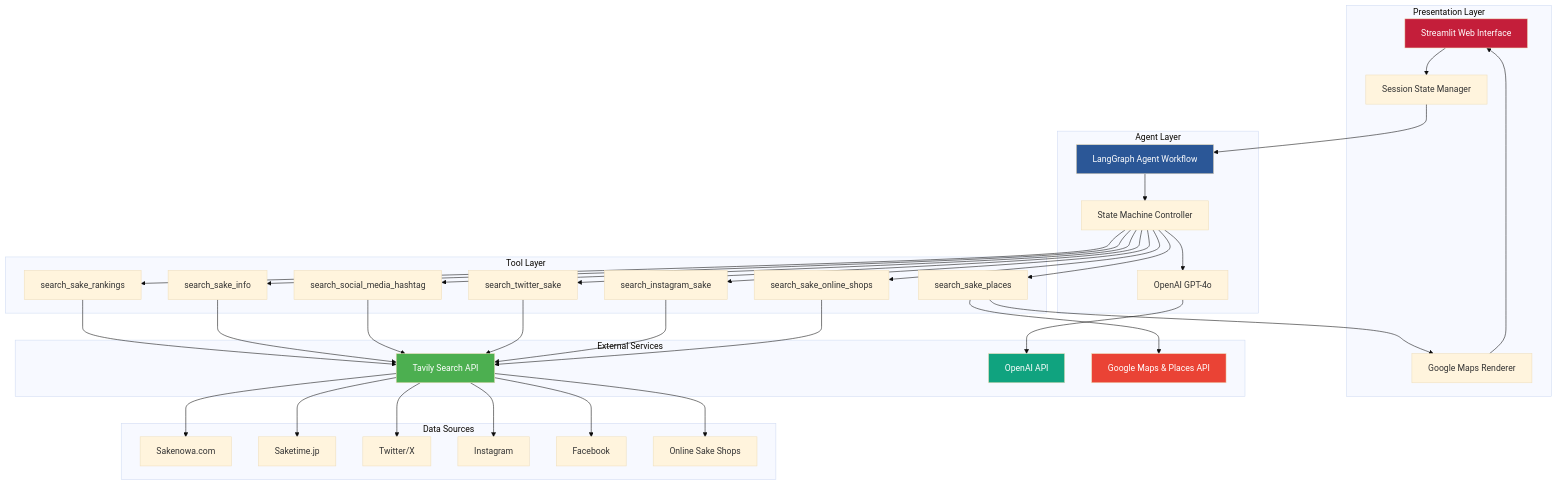
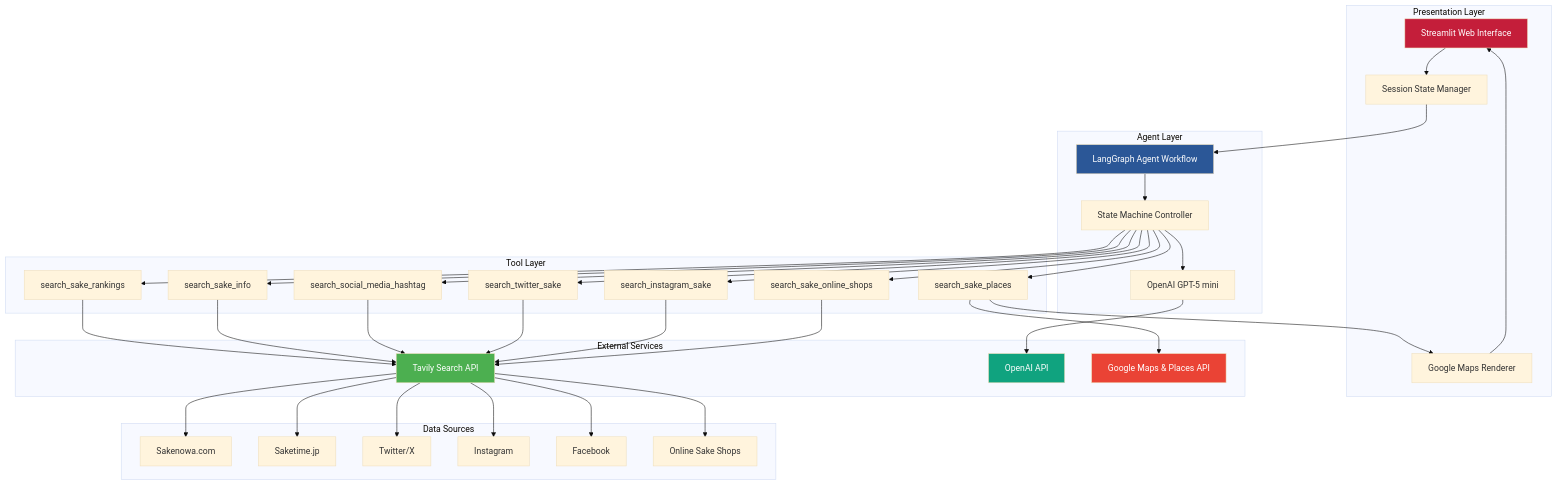
The first of 14 diagrams in SYSTEM_DIAGRAM.md (riko-py-mk/japan_sake_guide_app), drawn with Mermaid (base theme) before and after one commit. The commit also changed other lines of this file and 7 other files, not shown here.

First line of the commit message:
Replace retiring GPT-4o with cheaper gpt-5-mini (configurable via OPENAI_MODEL)

````diff
--- a/SYSTEM_DIAGRAM.md
+++ b/SYSTEM_DIAGRAM.md
@@ -16,57 +16,57 @@
 ```mermaid
 graph TB
     subgraph "Presentation Layer"
         UI[Streamlit Web Interface]
         SS[Session State Manager]
         MAP[Google Maps Renderer]
     end
 
     subgraph "Agent Layer"
         AG[LangGraph Agent Workflow]
         SM[State Machine Controller]
-        LLM[OpenAI GPT-4o]
+        LLM[OpenAI GPT-5 mini]
     end
 
     subgraph "Tool Layer"
         T1[search_sake_rankings]
         T2[search_sake_info]
         T3[search_social_media_hashtag]
         T4[search_twitter_sake]
         T5[search_instagram_sake]
         T6[search_sake_places]
         T7[search_sake_online_shops]
     end
 
     subgraph "External Services"
         TAVILY[Tavily Search API]
         OPENAI[OpenAI API]
         GMAPS[Google Maps & Places API]
     end
 
     subgraph "Data Sources"
         SK[Sakenowa.com]
         ST[Saketime.jp]
         TW[Twitter/X]
         IG[Instagram]
         FB[Facebook]
         SHOPS[Online Sake Shops]
     end
 
     UI --> SS
     SS --> AG
     AG --> SM
     SM --> LLM
     SM --> T1 & T2 & T3 & T4 & T5 & T6 & T7
     T1 & T2 & T3 & T4 & T5 & T7 --> TAVILY
     T6 --> GMAPS
     LLM --> OPENAI
     TAVILY --> SK & ST & TW & IG & FB & SHOPS
     T6 --> MAP
     MAP --> UI
 
     style UI fill:#c41e3a,color:#fff
     style AG fill:#2b5797,color:#fff
     style TAVILY fill:#4CAF50,color:#fff
     style OPENAI fill:#10a37f,color:#fff
     style GMAPS fill:#ea4335,color:#fff
 ```
````
